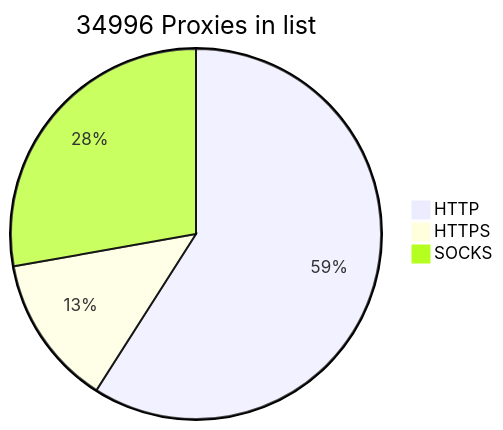
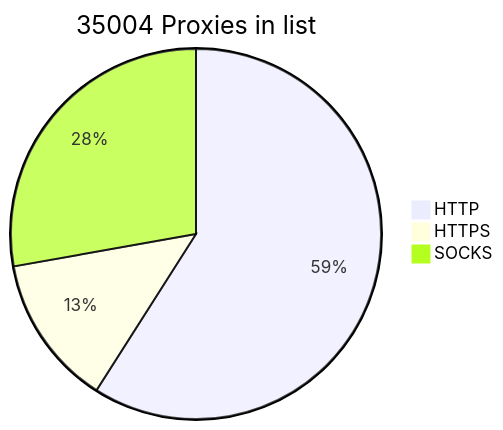
Before and after one commit to BlackSnowDot/proxylist-update-every-minute: the diagram in README.md, drawn with Mermaid. The commit also changed other lines of this file, not shown here.

````diff
--- a/README.md
+++ b/README.md
@@ -2,6 +2,6 @@
 ```mermaid
-pie title 34996 Proxies in list
-    "HTTP" : 22934
-    "HTTPS": 5118
-    "SOCKS" : 10799
+pie title 35004 Proxies in list
+    "HTTP" : 22944
+    "HTTPS": 5123
+    "SOCKS" : 10807
 ```
````
